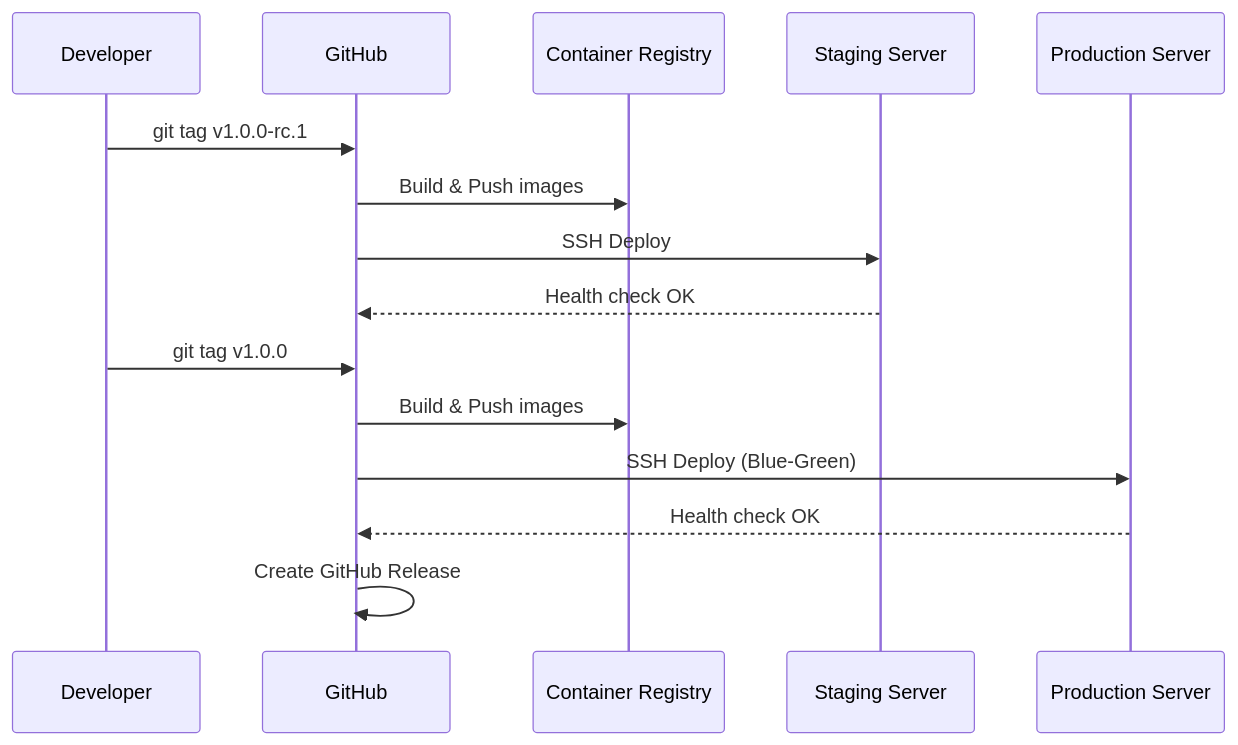
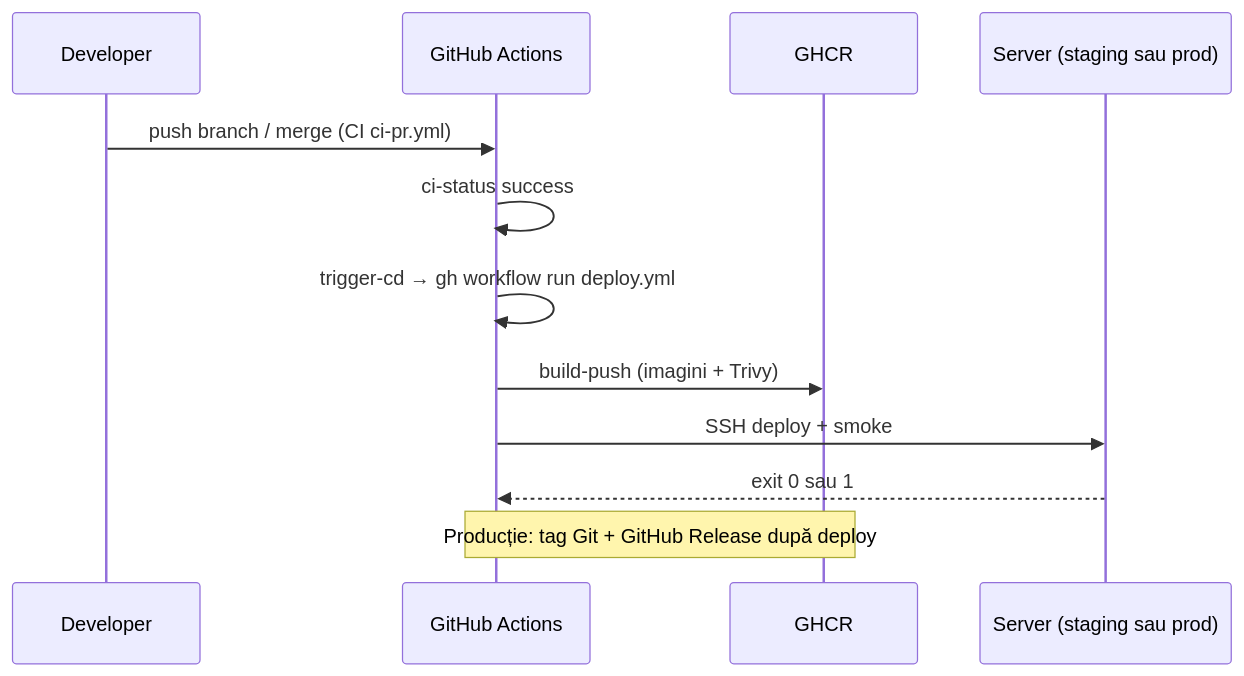
Before and after one commit to neacisu/cerniq_app_v0.0.1: the second of 3 diagrams in docs/infrastructure/ci-cd-pipeline.md, drawn with Mermaid. The commit also changed other lines of this file and 159 other files, not shown here.

````diff
--- a/docs/infrastructure/ci-cd-pipeline.md
+++ b/docs/infrastructure/ci-cd-pipeline.md
@@ -160,19 +187,15 @@
 ```mermaid
 sequenceDiagram
     participant Dev as Developer
-    participant GH as GitHub
-    participant GHCR as Container Registry
-    participant Staging as Staging Server
-    participant Prod as Production Server
+    participant GH as GitHub Actions
+    participant GHCR as GHCR
+    participant Srv as Server (staging sau prod)
 
-    Dev->>GH: git tag v1.0.0-rc.1
-    GH->>GHCR: Build & Push images
-    GH->>Staging: SSH Deploy
-    Staging-->>GH: Health check OK
-
-    Dev->>GH: git tag v1.0.0
-    GH->>GHCR: Build & Push images
-    GH->>Prod: SSH Deploy (Blue-Green)
-    Prod-->>GH: Health check OK
-    GH->>GH: Create GitHub Release
+    Dev->>GH: push branch / merge (CI ci-pr.yml)
+    GH->>GH: ci-status success
+    GH->>GH: trigger-cd → gh workflow run deploy.yml
+    GH->>GHCR: build-push (imagini + Trivy)
+    GH->>Srv: SSH deploy + smoke
+    Srv-->>GH: exit 0 sau 1
+    Note over GH,GHCR: Producție: tag Git + GitHub Release după deploy
 ```
````
